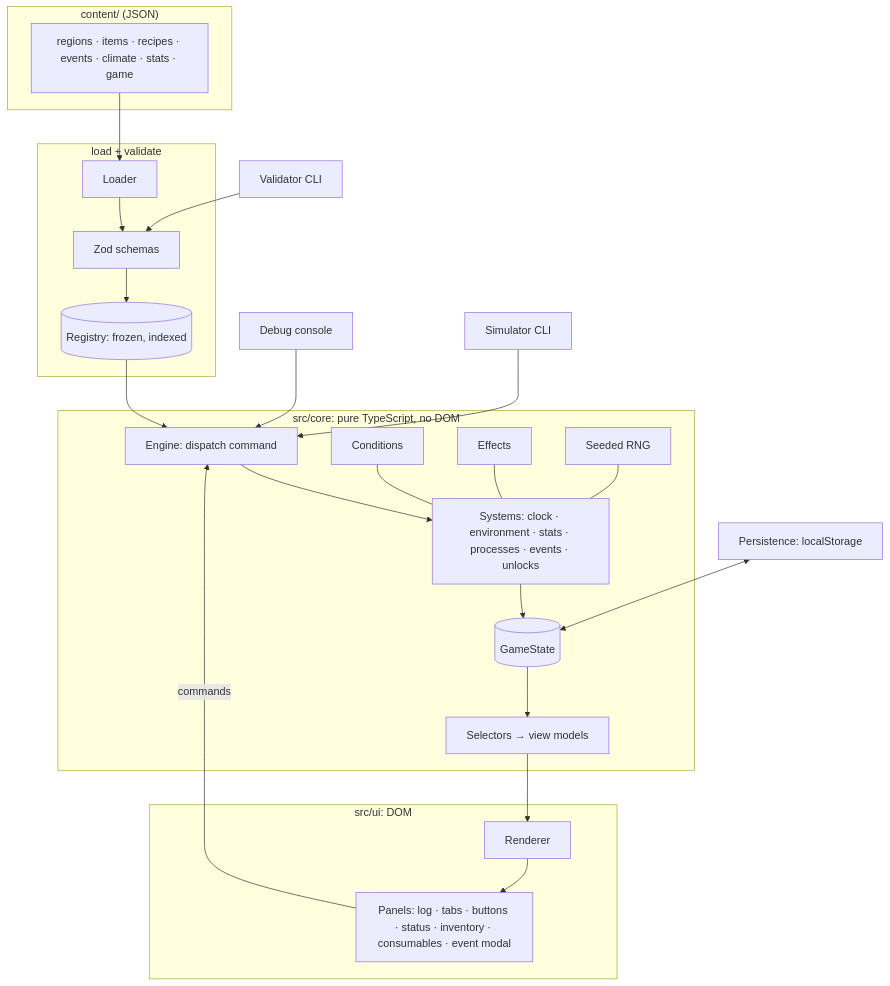
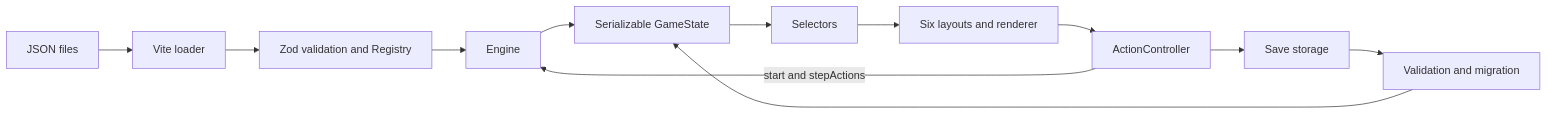
One commit to fdvoracek/mysteryless-island changed the diagram in docs/TDD.md. Above: the diagram before and after it, drawn with Mermaid. The commit also changed other lines of this file and 11 other files, not shown here.

Commit message:
Remove obsolete task metadata and reconcile architecture documentation

````diff
--- a/docs/TDD.md
+++ b/docs/TDD.md
@@ -40,28 +40,14 @@
 ```mermaid
-flowchart TB
-  subgraph Content["content/ (JSON)"]
-    J[regions · items · recipes · events · climate · stats · game]
-  end
-  subgraph Build["load + validate"]
-    L[Loader] --> Z[Zod schemas] --> REG[(Registry: frozen, indexed)]
-  end
-  subgraph Core["src/core: pure TypeScript, no DOM"]
-    ENG[Engine: dispatch command] --> SYS[Systems: clock · environment · stats · processes · events · unlocks]
-    SYS --> ST[(GameState)]
-    CE[Conditions] --- SYS
-    EF[Effects] --- SYS
-    RNG[Seeded RNG] --- SYS
-    SEL[Selectors → view models]
-  end
-  subgraph UI["src/ui: DOM"]
-    R[Renderer] --> P[Panels: log · tabs · buttons · status · inventory · consumables · event modal]
-  end
-  J --> L
-  REG --> ENG
-  ST --> SEL --> R
-  P -- commands --> ENG
-  SAVE[Persistence: localStorage] <--> ST
-  DBG[Debug console] --> ENG
-  SIM[Simulator CLI] --> ENG
-  VAL[Validator CLI] --> Z
+flowchart LR
+  JSON[JSON files] --> L[Vite loader]
+  L --> REG[Zod validation and Registry]
+  REG --> ENG[Engine]
+  UI[Six layouts and renderer] --> CTRL[ActionController]
+  CTRL -->|start and stepActions| ENG
+  ENG --> STATE[Serializable GameState]
+  STATE --> SEL[Selectors]
+  SEL --> UI
+  CTRL --> SAVE[Save storage]
+  SAVE --> MIG[Validation and migration]
+  MIG --> STATE
 ```
````
